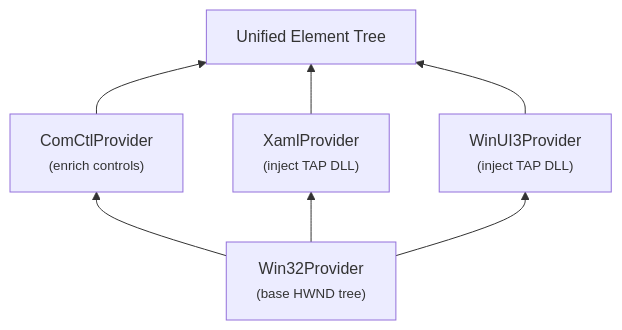
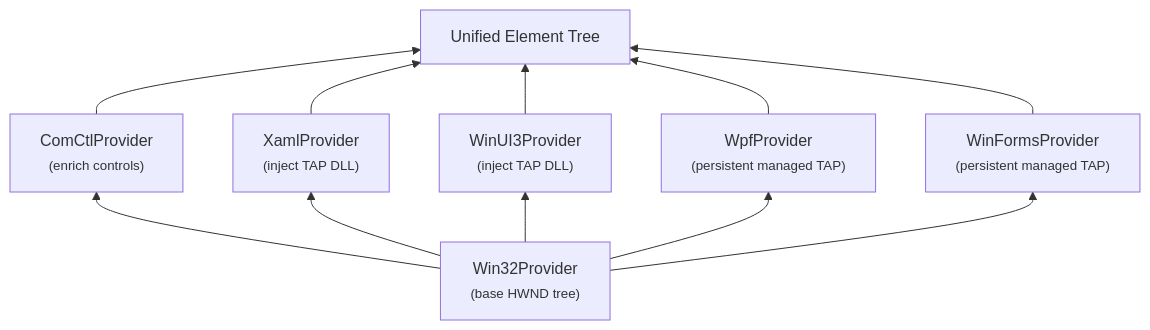
Before and after one commit to asklar/lvt: the second of 3 diagrams in docs/architecture.md, drawn with Mermaid. The commit also changed other lines of this file and 30 other files, not shown here.

First line of the commit message:
Add persistent WPF and WinForms connections

````diff
--- a/docs/architecture.md
+++ b/docs/architecture.md
@@ -48,11 +48,13 @@
 ```mermaid
 flowchart BT
     Win32["Win32Provider\n<small>(base HWND tree)</small>"]
     ComCtl["ComCtlProvider\n<small>(enrich controls)</small>"]
     XAML["XamlProvider\n<small>(inject TAP DLL)</small>"]
     WinUI3["WinUI3Provider\n<small>(inject TAP DLL)</small>"]
+    WPF["WpfProvider\n<small>(persistent managed TAP)</small>"]
+    WinForms["WinFormsProvider\n<small>(persistent managed TAP)</small>"]
     Tree["Unified Element Tree"]
 
-    Win32 --> ComCtl & XAML & WinUI3
-    ComCtl & XAML & WinUI3 --> Tree
+    Win32 --> ComCtl & XAML & WinUI3 & WPF & WinForms
+    ComCtl & XAML & WinUI3 & WPF & WinForms --> Tree
 ```
````
